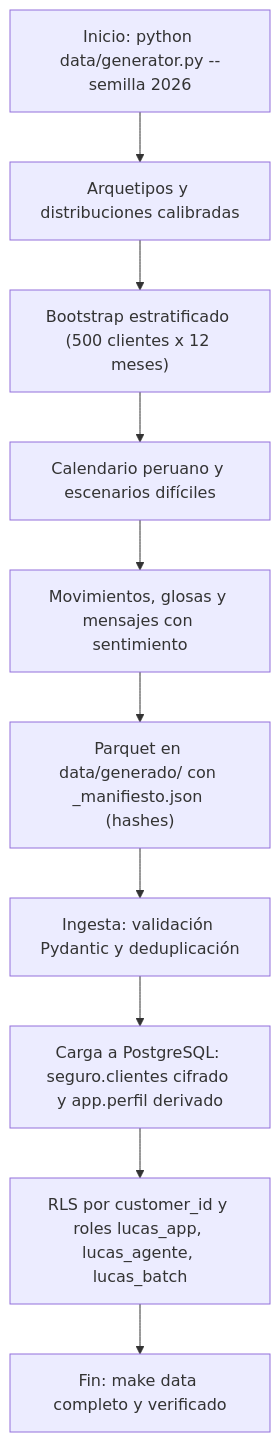
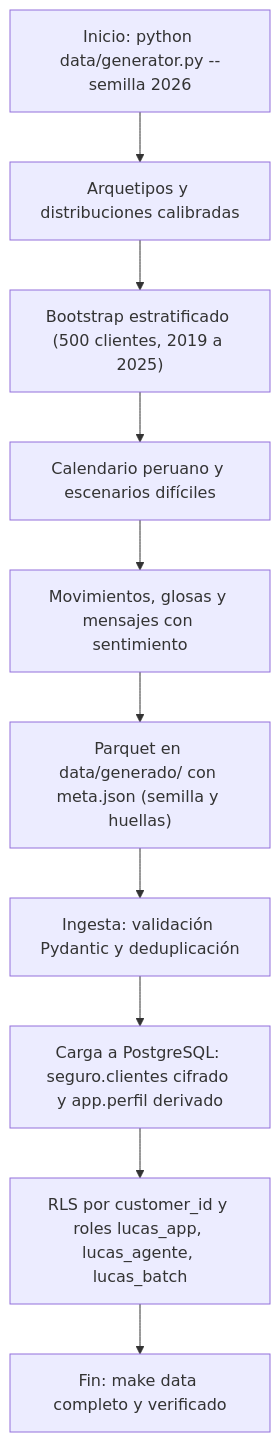
One commit to Nakusuo/Hackathon-BBVA-2026 changed the second of 2 diagrams in docs/arquitectura-datos.md. Above: the diagram before and after it, drawn with Mermaid. The commit also changed other lines of this file, not shown here.

Commit message:
docs(datos): rango 2019-2025, meta.json y sin afirmar la regla de .gitignore

````diff
--- a/docs/arquitectura-datos.md
+++ b/docs/arquitectura-datos.md
@@ -157,12 +157,12 @@
 ```mermaid
 graph TD
     A["Inicio: python data/generator.py --semilla 2026"] --> B["Arquetipos y distribuciones calibradas"]
-    B --> C["Bootstrap estratificado (500 clientes x 12 meses)"]
+    B --> C["Bootstrap estratificado (500 clientes, 2019 a 2025)"]
     C --> D["Calendario peruano y escenarios difíciles"]
     D --> E["Movimientos, glosas y mensajes con sentimiento"]
-    E --> F["Parquet en data/generado/ con _manifiesto.json (hashes)"]
+    E --> F["Parquet en data/generado/ con meta.json (semilla y huellas)"]
     F --> G["Ingesta: validación Pydantic y deduplicación"]
     G --> H["Carga a PostgreSQL: seguro.clientes cifrado y app.perfil derivado"]
     H --> I["RLS por customer_id y roles lucas_app, lucas_agente, lucas_batch"]
     I --> J["Fin: make data completo y verificado"]
 ```
````
